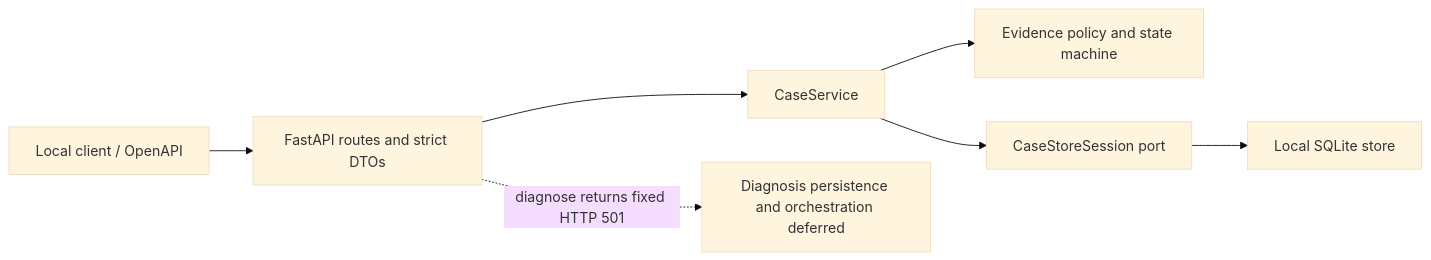
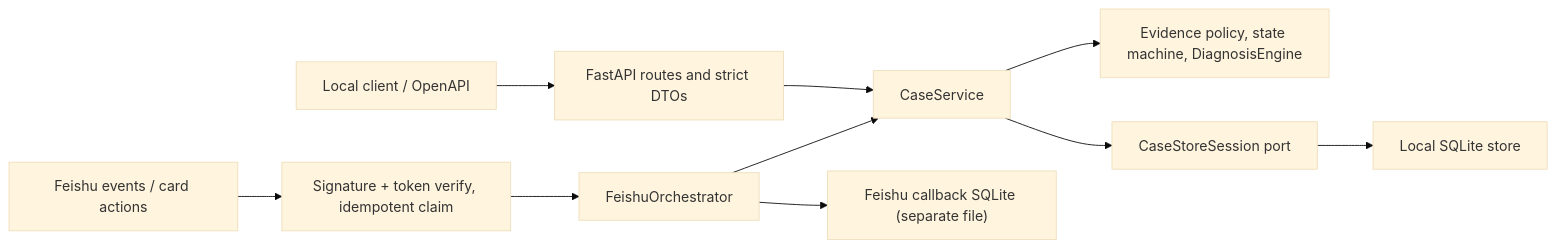
The diagram in docs/architecture.md (jiang4wqy/oceanpilot-evidenceos), drawn with Mermaid (base theme) before and after one commit. The commit also changed other lines of this file and 4 other files, not shown here.

First line of the commit message:
docs: refresh living docs for the diagnosis and Feishu milestones

````diff
--- a/docs/architecture.md
+++ b/docs/architecture.md
@@ -9,9 +9,12 @@
 ```mermaid
 flowchart LR
     Client["Local client / OpenAPI"] --> API["FastAPI routes and strict DTOs"]
-    API --> Service["CaseService"]
-    Service --> Domain["Evidence policy and state machine"]
+    Feishu["Feishu events / card actions"] --> Verify["Signature + token verify, idempotent claim"]
+    Verify --> Orchestrator["FeishuOrchestrator"]
+    Orchestrator --> Service["CaseService"]
+    API --> Service
+    Service --> Domain["Evidence policy, state machine, DiagnosisEngine"]
     Service --> Port["CaseStoreSession port"]
     Port --> SQLite["Local SQLite store"]
-    API -. "diagnose returns fixed HTTP 501" .-> Deferred["Diagnosis persistence and orchestration deferred"]
+    Orchestrator --> FeishuStore["Feishu callback SQLite (separate file)"]
 ```
````
